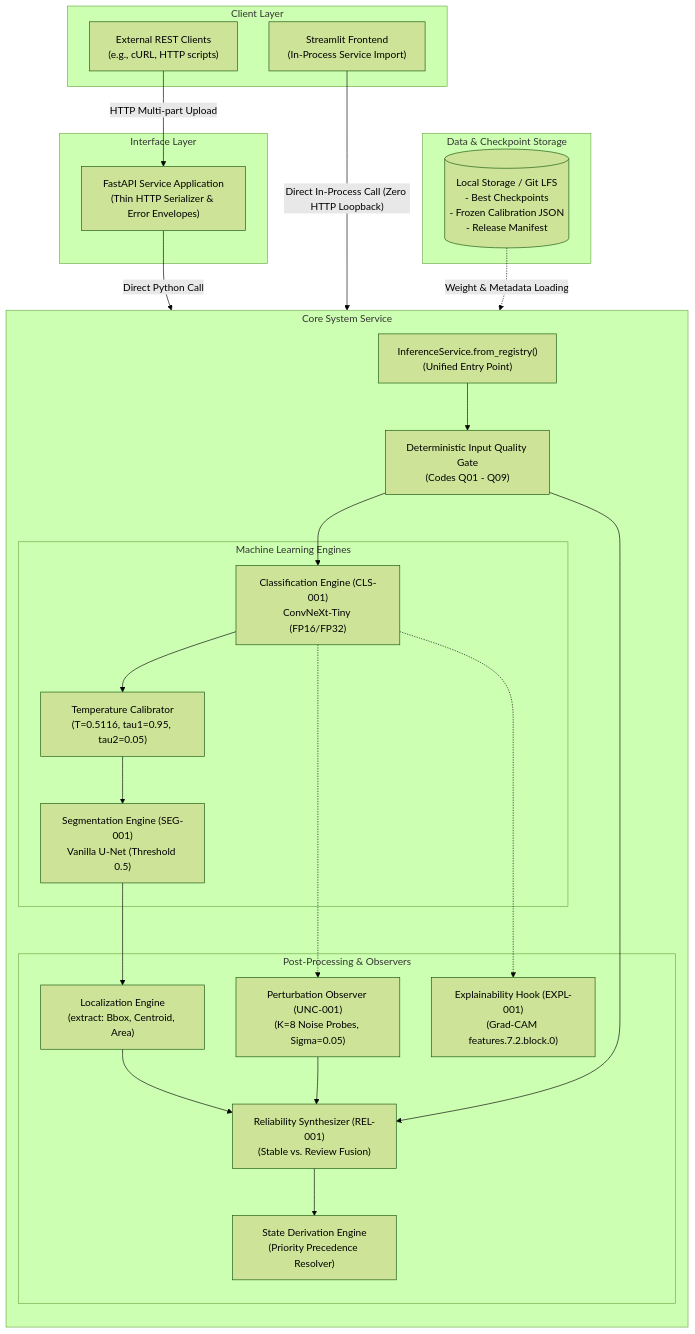
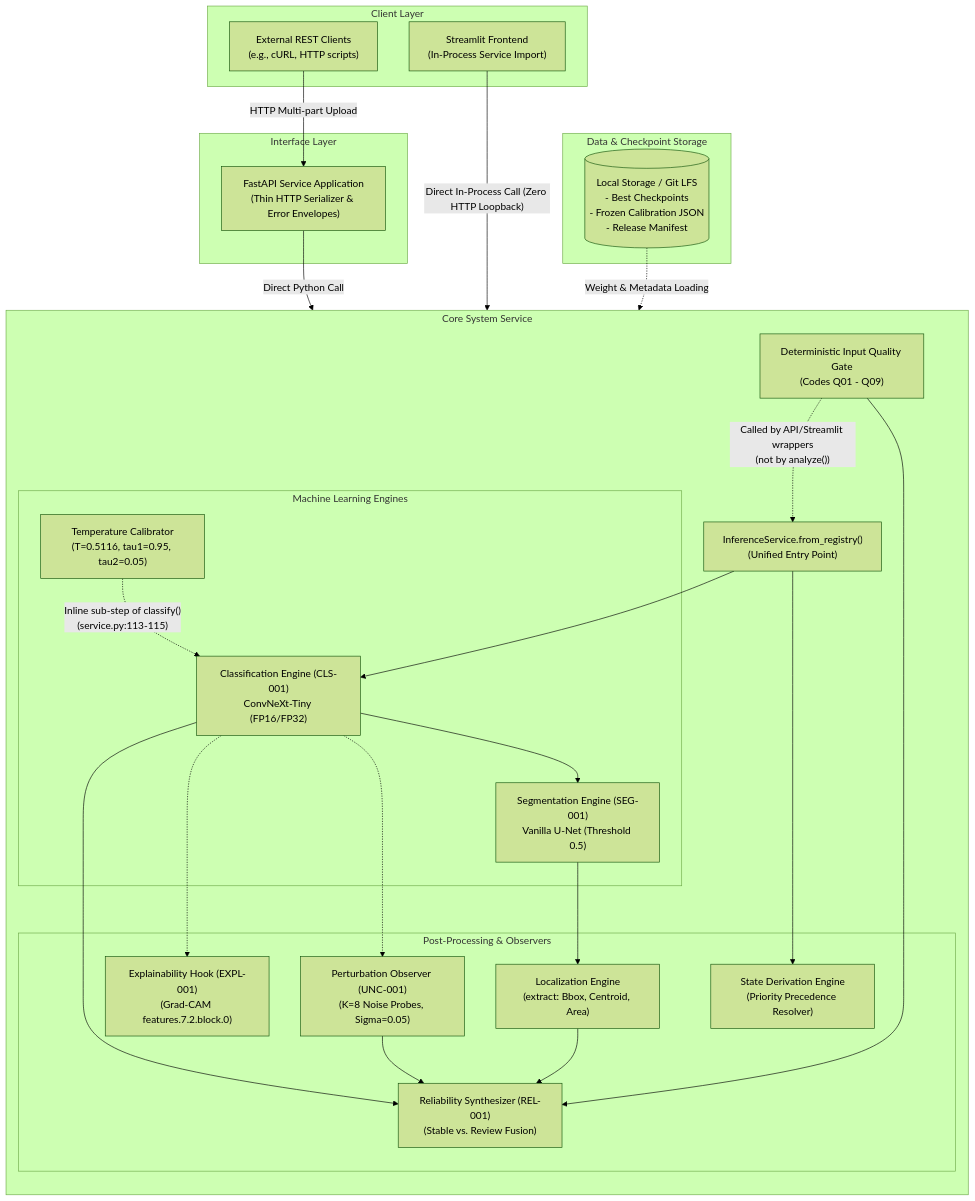
One commit to NeutronZero/BrainTumor-MajorProject changed the second of 22 diagrams in docs/architecture/system_architecture_specification.md. Above: the diagram before and after it, drawn with Mermaid (forest theme). The commit also changed other lines of this file and 45 other files, not shown here.

````diff
--- a/docs/architecture/system_architecture_specification.md
+++ b/docs/architecture/system_architecture_specification.md
@@ -201,52 +202,53 @@
 ```mermaid
 flowchart TD
     subgraph Client Layer
         WebUI["Streamlit Frontend<br/>(In-Process Service Import)"]
         ExternalAPI["External REST Clients<br/>(e.g., cURL, HTTP scripts)"]
     end
 
     subgraph Interface Layer
         FastAPIApp["FastAPI Service Application<br/>(Thin HTTP Serializer & Error Envelopes)"]
     end
 
     subgraph Core System Service
         direction TB
         ServiceEntry["InferenceService.from_registry()<br/>(Unified Entry Point)"]
         QualityGate["Deterministic Input Quality Gate<br/>(Codes Q01 - Q09)"]
         
         subgraph Machine Learning Engines
             Classifier["Classification Engine (CLS-001)<br/>ConvNeXt-Tiny (FP16/FP32)"]
             Calibrator["Temperature Calibrator<br/>(T=0.5116, tau1=0.95, tau2=0.05)"]
             Segmenter["Segmentation Engine (SEG-001)<br/>Vanilla U-Net (Threshold 0.5)"]
         end
 
         subgraph Post-Processing & Observers
             Localization["Localization Engine<br/>(extract: Bbox, Centroid, Area)"]
             Consistency["Perturbation Observer (UNC-001)<br/>(K=8 Noise Probes, Sigma=0.05)"]
             Explainability["Explainability Hook (EXPL-001)<br/>(Grad-CAM features.7.2.block.0)"]
             Reliability["Reliability Synthesizer (REL-001)<br/>(Stable vs. Review Fusion)"]
             StateMachine["State Derivation Engine<br/>(Priority Precedence Resolver)"]
         end
     end
 
     subgraph Data & Checkpoint Storage
         LocalDisk[("Local Storage / Git LFS<br/>- Best Checkpoints<br/>- Frozen Calibration JSON<br/>- Release Manifest")]
     end
 
     ExternalAPI -->|"HTTP Multi-part Upload"| FastAPIApp
     FastAPIApp -->|"Direct Python Call"| ServiceEntry
     WebUI -->|"Direct In-Process Call (Zero HTTP Loopback)"| ServiceEntry
     LocalDisk -.->|"Weight & Metadata Loading"| ServiceEntry
 
-    ServiceEntry --> QualityGate
-    QualityGate --> Classifier
-    Classifier --> Calibrator
-    Calibrator --> Segmenter
+    ServiceEntry --> Classifier
+    Calibrator -.->|"Inline sub-step of classify()<br/>(service.py:113-115)"| Classifier
+    Classifier --> Segmenter
     Segmenter --> Localization
     Classifier -.-> Consistency
     Classifier -.-> Explainability
+    Classifier --> Reliability
     Localization --> Reliability
     Consistency --> Reliability
     QualityGate --> Reliability
-    Reliability --> StateMachine
+    ServiceEntry --> StateMachine
+    QualityGate -.->|"Called by API/Streamlit wrappers<br/>(not by analyze())"| ServiceEntry
 ```
````
